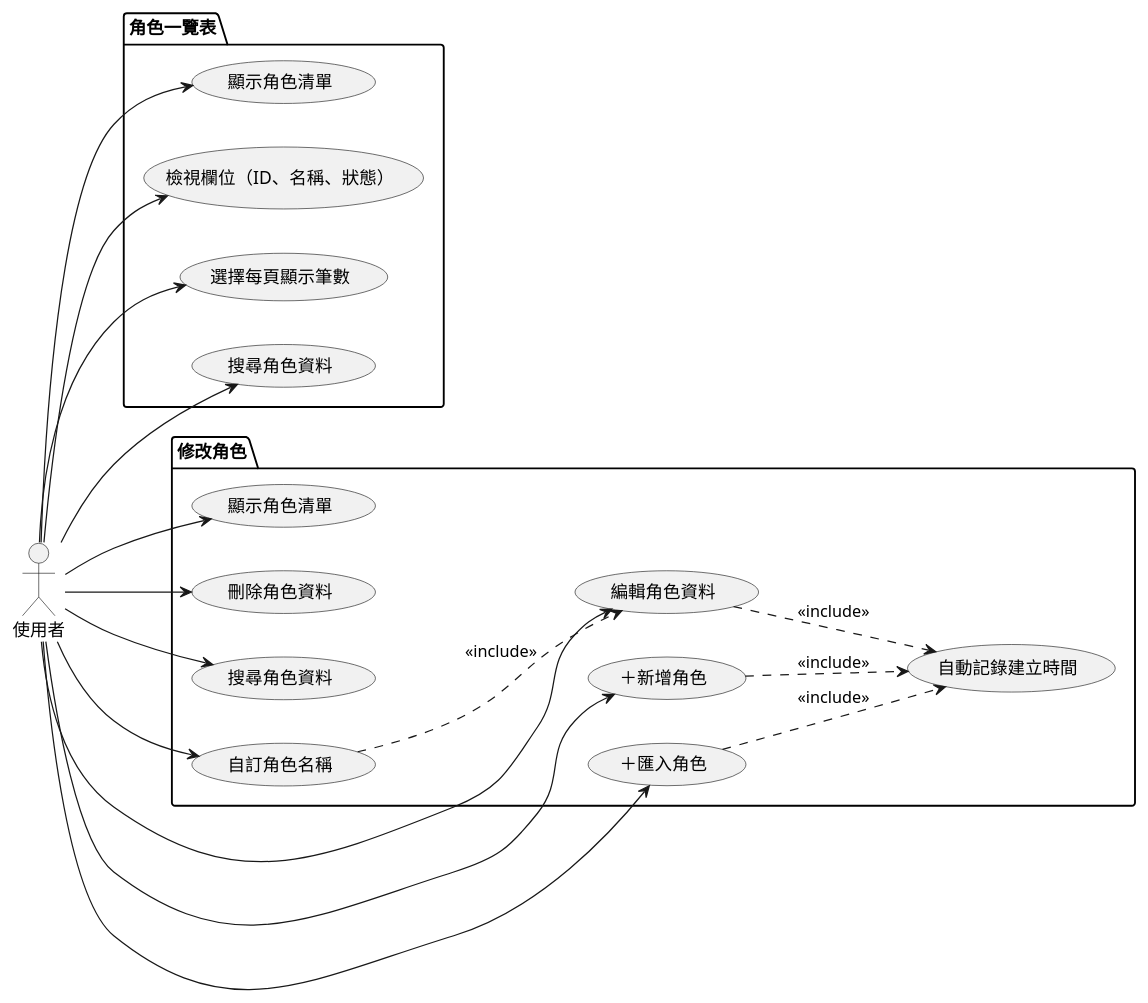
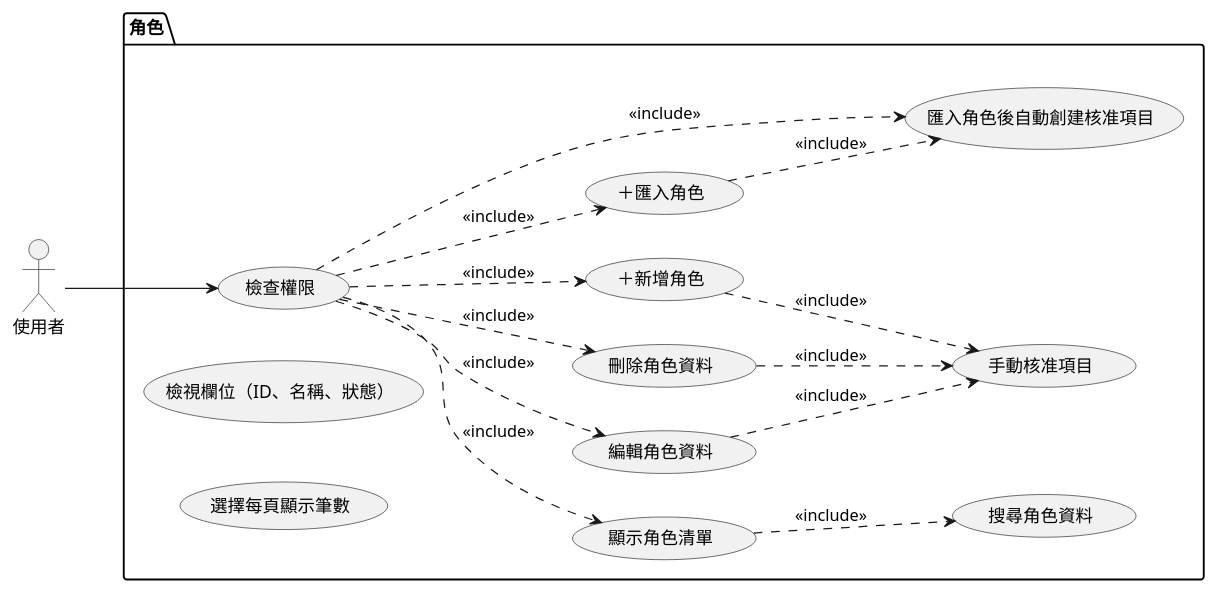
One commit to walle45611/NTUB_SecuManag_Diagram changed the diagram in mermaid/use_case/role_overview&edit.puml. Above: the diagram before and after it, drawn with PlantUML. The commit also changed 6 other files, not shown here.

Commit message:
(refactor): 更新用例圖，調整用例名稱及關聯以提升清晰度

```diff
--- a/mermaid/use_case/role_overview&edit.puml
+++ b/mermaid/use_case/role_overview&edit.puml
@@ -1,42 +1,35 @@
 @startuml role_overview
 
 left to right direction
 
 actor 使用者
 
-package "角色一覽表" {
+package "角色" {
+    usecase "檢查權限" as UC12
     usecase "顯示角色清單" as UC1
     usecase "檢視欄位（ID、名稱、狀態）" as UC2
     usecase "選擇每頁顯示筆數" as UC3
     usecase "搜尋角色資料" as UC4
+    usecase "編輯角色資料" as UC5
+    usecase "刪除角色資料" as UC6
+    usecase "＋新增角色" as UC7
+    usecase "＋匯入角色" as UC8
+    usecase "匯入角色後自動創建核准項目" as UC10
+    usecase "手動核准項目" as UC11
 }
 
-package "修改角色" {
-    usecase "顯示角色清單" as UC5
-    usecase "編輯角色資料" as UC6
-    usecase "刪除角色資料" as UC7
-    usecase "搜尋角色資料" as UC8
-    usecase "自訂角色名稱" as UC9
-    usecase "＋新增角色" as UC10
-    usecase "＋匯入角色" as UC11
-    usecase "自動記錄建立時間" as UC12
-}
+使用者 --> UC12
+UC12 .down.> UC1 : <<include>>
+UC12 .down.> UC5 : <<include>>
+UC12 .down.> UC6 : <<include>>
+UC12 .down.> UC7 : <<include>>
+UC12 .down.> UC8 : <<include>>
+UC12 .down.> UC10 : <<include>>
 
-UC6 .down.> UC12 : <<include>>
-UC9 .down.> UC6 : <<include>>
-UC10 .down.> UC12 : <<include>>
-UC11 .down.> UC12 : <<include>>
-
-使用者 --> UC1
-使用者 --> UC2
-使用者 --> UC3
-使用者 --> UC4
-使用者 --> UC5
-使用者 --> UC6
-使用者 --> UC7
-使用者 --> UC8
-使用者 --> UC9
-使用者 --> UC10
-使用者 --> UC11
+UC1 .down.> UC4 : <<include>>
+UC5 .down.> UC11 : <<include>>
+UC6 .down.> UC11 : <<include>>
+UC7 .down.> UC11 : <<include>>
+UC8 .down.> UC10 : <<include>>
 
 @enduml
```
